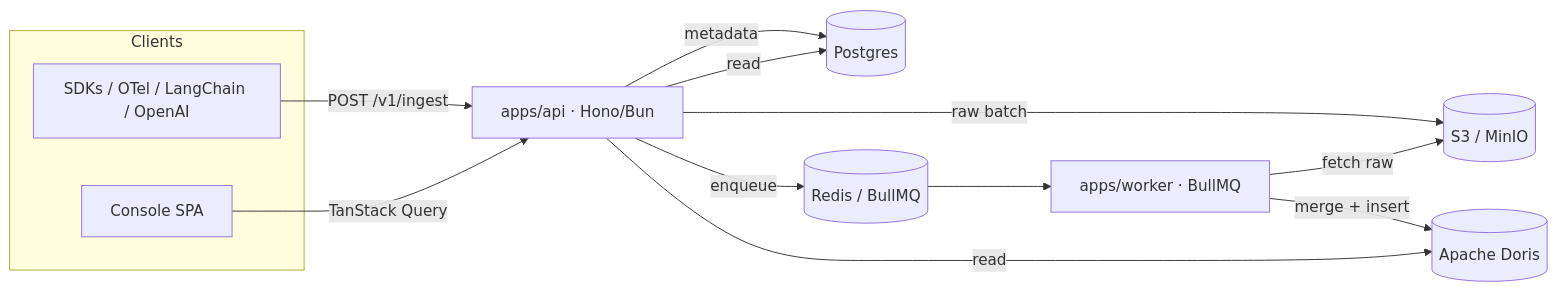
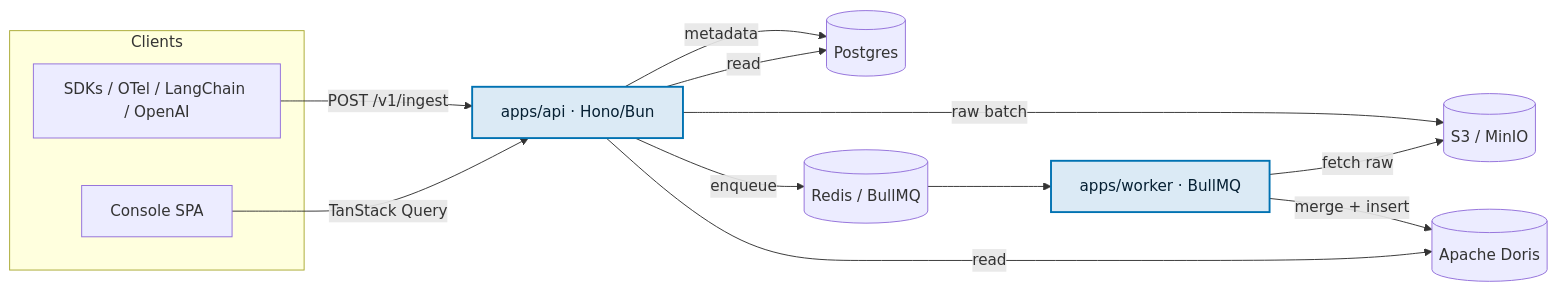
The first of 2 diagrams in docs/architecture.md (memoturn/memoturn), drawn with Mermaid before and after one commit. The commit also changed 3 other files, not shown here.

````diff
--- a/docs/architecture.md
+++ b/docs/architecture.md
@@ -6,24 +6,27 @@
 ```mermaid
 flowchart LR
   subgraph clients[Clients]
     sdk[SDKs / OTel / LangChain / OpenAI]
     ui[Console SPA]
   end
   api[apps/api · Hono/Bun]
   worker[apps/worker · BullMQ]
   pg[(Postgres)]
   ch[(Apache Doris)]
   redis[(Redis / BullMQ)]
   blob[(S3 / MinIO)]
 
   sdk -- POST /v1/ingest --> api
   ui -- TanStack Query --> api
   api -- raw batch --> blob
   api -- enqueue --> redis
   api -- metadata --> pg
   redis --> worker
   worker -- fetch raw --> blob
   worker -- merge + insert --> ch
   api -- read --> ch
   api -- read --> pg
+
+  classDef focal fill:#dbeaf5,stroke:#0072B2,stroke-width:2px,color:#062033
+  class api,worker focal
 ```
````
